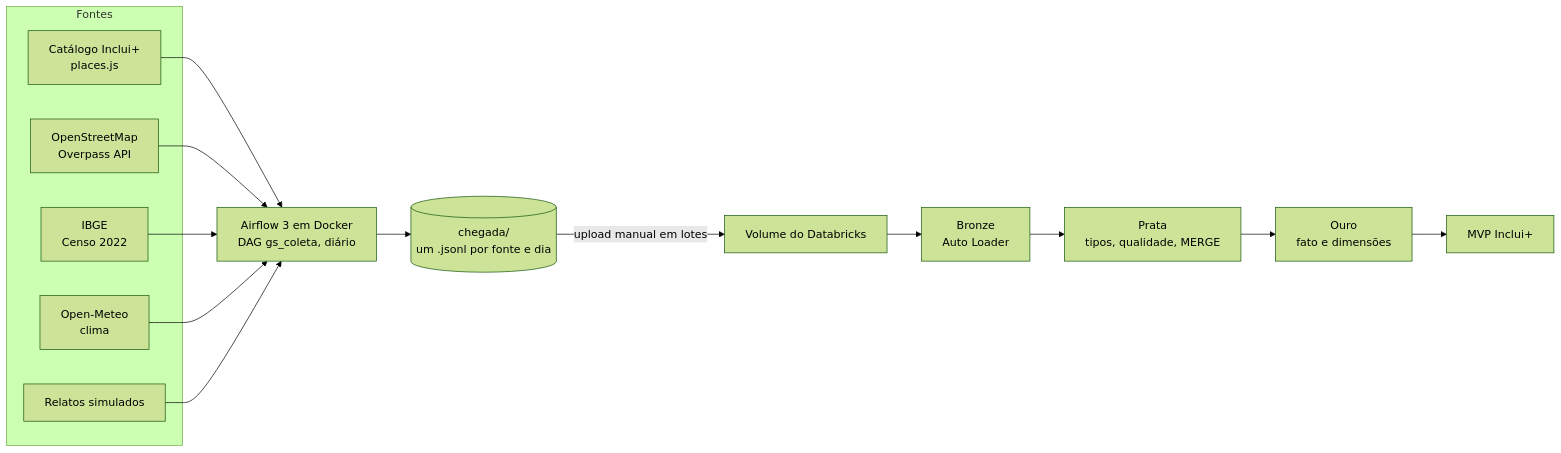
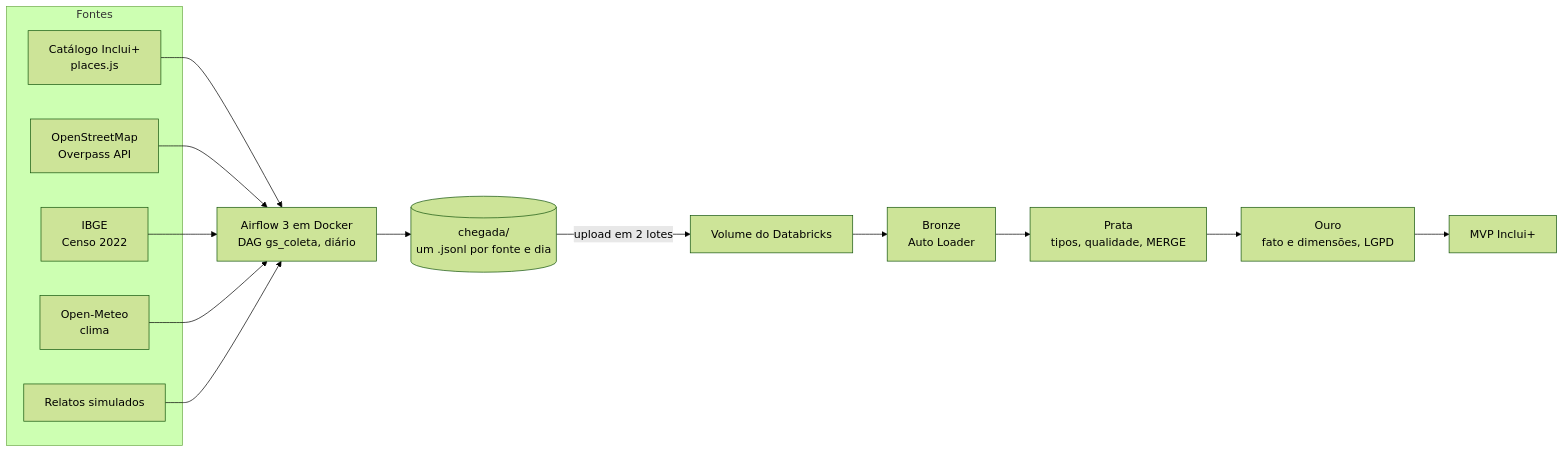
The diagram in README.md (JuanPinheiroFIAP/GS-BIGDATa), drawn with Mermaid (forest theme) before and after one commit. The commit also changed other lines of this file and 27 other files, not shown here.

````diff
--- a/README.md
+++ b/README.md
@@ -18,17 +21,17 @@
 ```mermaid
 flowchart LR
     subgraph Fontes
         A[Catálogo Inclui+<br/>places.js]
         B[OpenStreetMap<br/>Overpass API]
         C[IBGE<br/>Censo 2022]
         D[Open-Meteo<br/>clima]
         E[Relatos simulados]
     end
     A & B & C & D & E --> F[Airflow 3 em Docker<br/>DAG gs_coleta, diário]
     F --> G[(chegada/<br/>um .jsonl por fonte e dia)]
-    G -- upload manual em lotes --> H[Volume do Databricks]
+    G -- upload em 2 lotes --> H[Volume do Databricks]
     H --> I[Bronze<br/>Auto Loader]
     I --> J[Prata<br/>tipos, qualidade, MERGE]
-    J --> K[Ouro<br/>fato e dimensões]
+    J --> K[Ouro<br/>fato e dimensões, LGPD]
     K --> L[MVP Inclui+]
 ```
````
